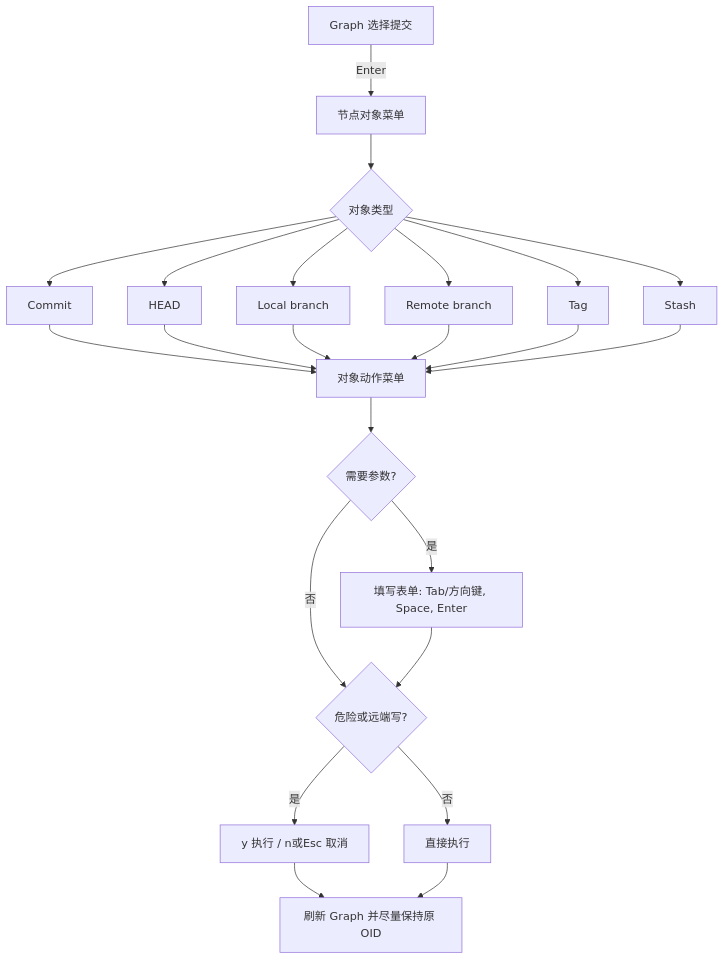
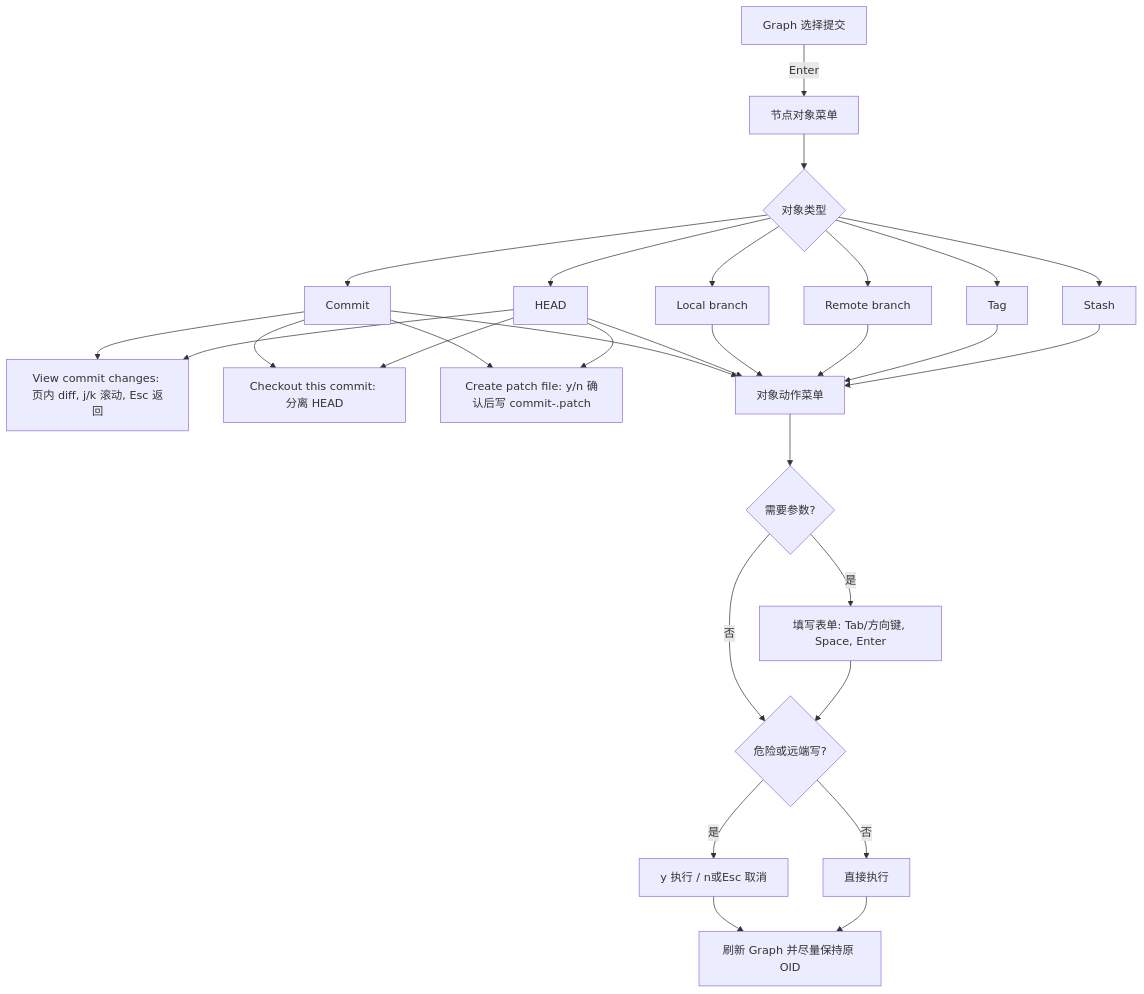
One commit to Trigger-CN/trepo changed the fourth of 7 diagrams in docs/USER_GUIDE.md. Above: the diagram before and after it, drawn with Mermaid. The commit also changed other lines of this file and 11 other files, not shown here.

First line of the commit message:
✨ feat(graph): 支持查看提交改动、检出提交与导出提交 patch

````diff
--- a/docs/USER_GUIDE.md
+++ b/docs/USER_GUIDE.md
@@ -225,25 +225,31 @@
 ```mermaid
 flowchart TD
     G[Graph 选择提交] -->|Enter| O[节点对象菜单]
     O --> K{对象类型}
     K --> C[Commit]
     K --> H[HEAD]
     K --> L[Local branch]
     K --> R[Remote branch]
     K --> T[Tag]
     K --> S[Stash]
+    C --> V[View commit changes: 页内 diff, j/k 滚动, Esc 返回]
+    H --> V
+    C --> K2[Checkout this commit: 分离 HEAD]
+    H --> K2
+    C --> P2[Create patch file: y/n 确认后写 commit-<short>.patch]
+    H --> P2
     C --> A[对象动作菜单]
     H --> A
     L --> A
     R --> A
     T --> A
     S --> A
     A --> Q{需要参数?}
     Q -->|是| F[填写表单: Tab/方向键, Space, Enter]
     Q -->|否| Z{危险或远端写?}
     F --> Z
     Z -->|是| Y[y 执行 / n或Esc 取消]
     Z -->|否| X[直接执行]
     Y --> U[刷新 Graph 并尽量保持原 OID]
     X --> U
 ```
````
